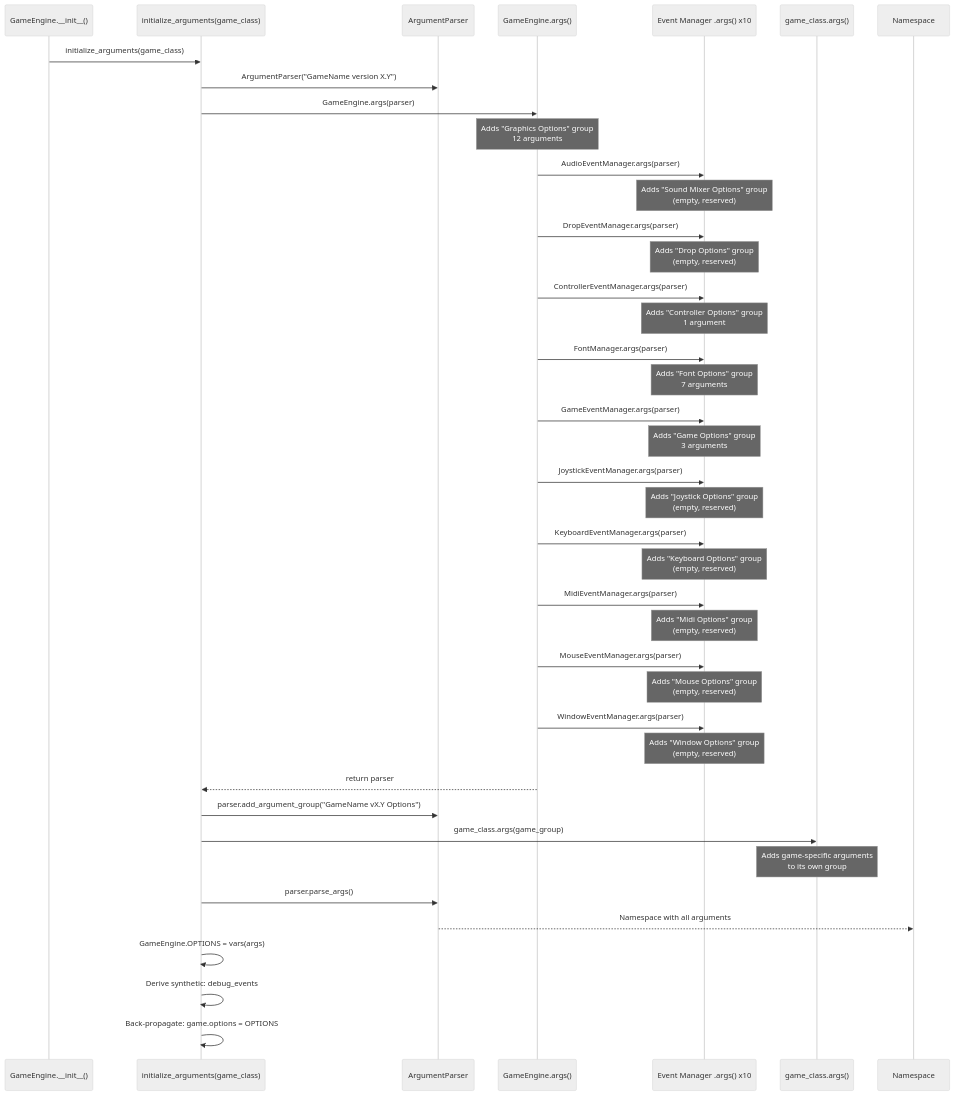
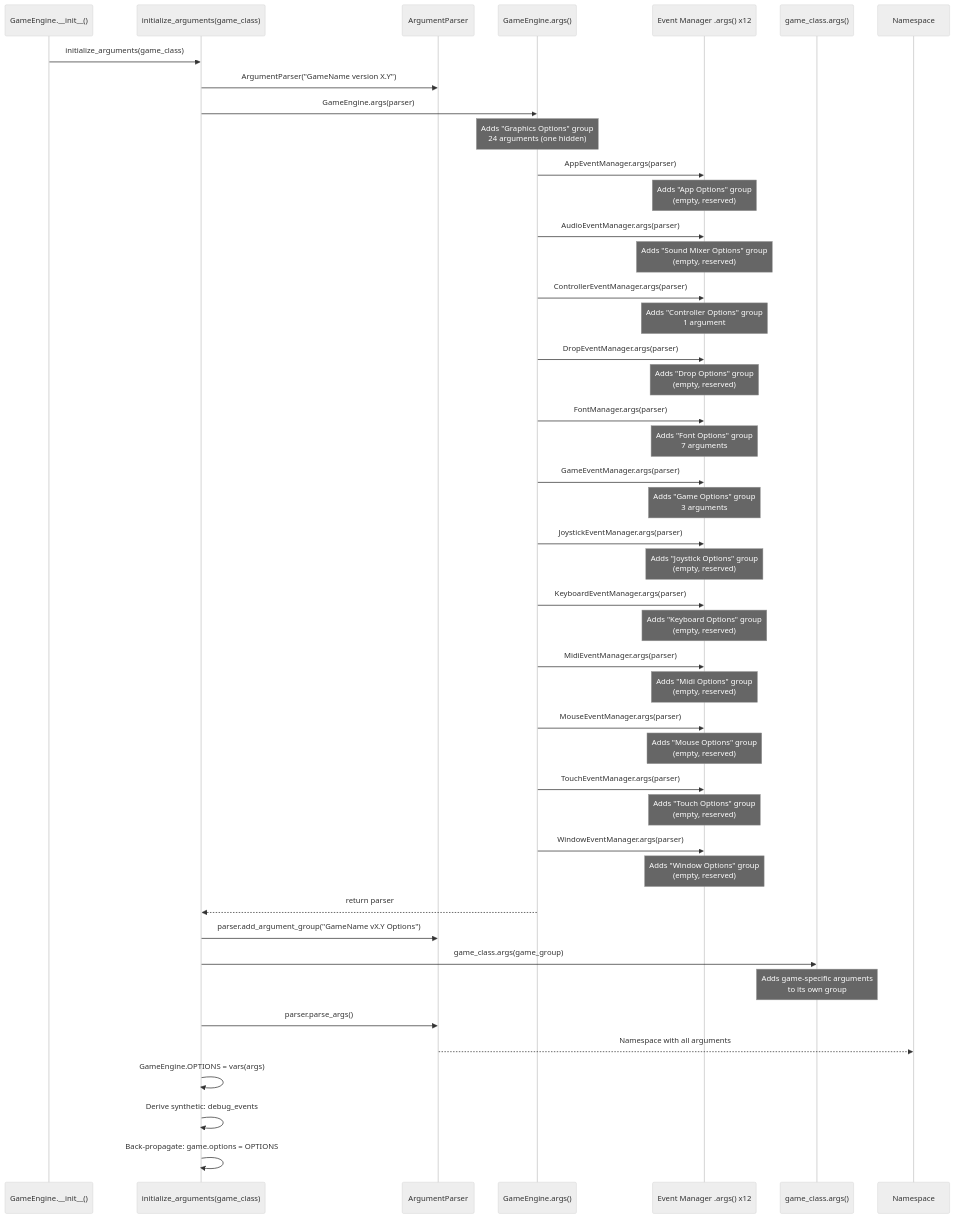
The first of 4 diagrams in docs/architecture/argument_system.md (terrysimons/glitchygames), drawn with Mermaid (neutral theme) before and after one commit. The commit also changed other lines of this file and 2 other files, not shown here.

First line of the commit message:
Add the headless capture / external control API TODO; correct the argument reference

````diff
--- a/docs/architecture/argument_system.md
+++ b/docs/architecture/argument_system.md
@@ -13,58 +13,64 @@
 ```mermaid
 sequenceDiagram
     participant GE as GameEngine.__init__()
     participant IA as initialize_arguments(game_class)
     participant AP as ArgumentParser
     participant ENGINE as GameEngine.args()
-    participant MGR as Event Manager .args() x10
+    participant MGR as Event Manager .args() x12
     participant GAME as game_class.args()
     participant NS as Namespace
 
     GE->>IA: initialize_arguments(game_class)
     IA->>AP: ArgumentParser("GameName version X.Y")
     IA->>ENGINE: GameEngine.args(parser)
 
-    Note over ENGINE: Adds "Graphics Options" group<br/>12 arguments
+    Note over ENGINE: Adds "Graphics Options" group<br/>24 arguments (one hidden)
+
+    ENGINE->>MGR: AppEventManager.args(parser)
+    Note over MGR: Adds "App Options" group<br/>(empty, reserved)
 
     ENGINE->>MGR: AudioEventManager.args(parser)
     Note over MGR: Adds "Sound Mixer Options" group<br/>(empty, reserved)
 
+    ENGINE->>MGR: ControllerEventManager.args(parser)
+    Note over MGR: Adds "Controller Options" group<br/>1 argument
+
     ENGINE->>MGR: DropEventManager.args(parser)
     Note over MGR: Adds "Drop Options" group<br/>(empty, reserved)
-
-    ENGINE->>MGR: ControllerEventManager.args(parser)
-    Note over MGR: Adds "Controller Options" group<br/>1 argument
 
     ENGINE->>MGR: FontManager.args(parser)
     Note over MGR: Adds "Font Options" group<br/>7 arguments
 
     ENGINE->>MGR: GameEventManager.args(parser)
     Note over MGR: Adds "Game Options" group<br/>3 arguments
 
     ENGINE->>MGR: JoystickEventManager.args(parser)
     Note over MGR: Adds "Joystick Options" group<br/>(empty, reserved)
 
     ENGINE->>MGR: KeyboardEventManager.args(parser)
     Note over MGR: Adds "Keyboard Options" group<br/>(empty, reserved)
 
     ENGINE->>MGR: MidiEventManager.args(parser)
     Note over MGR: Adds "Midi Options" group<br/>(empty, reserved)
 
     ENGINE->>MGR: MouseEventManager.args(parser)
     Note over MGR: Adds "Mouse Options" group<br/>(empty, reserved)
 
+    ENGINE->>MGR: TouchEventManager.args(parser)
+    Note over MGR: Adds "Touch Options" group<br/>(empty, reserved)
+
     ENGINE->>MGR: WindowEventManager.args(parser)
     Note over MGR: Adds "Window Options" group<br/>(empty, reserved)
 
     ENGINE-->>IA: return parser
 
     IA->>AP: parser.add_argument_group("GameName vX.Y Options")
     IA->>GAME: game_class.args(game_group)
     Note over GAME: Adds game-specific arguments<br/>to its own group
 
     IA->>AP: parser.parse_args()
     AP-->>NS: Namespace with all arguments
     IA->>IA: GameEngine.OPTIONS = vars(args)
     IA->>IA: Derive synthetic: debug_events
     IA->>IA: Back-propagate: game.options = OPTIONS
 ```
````
